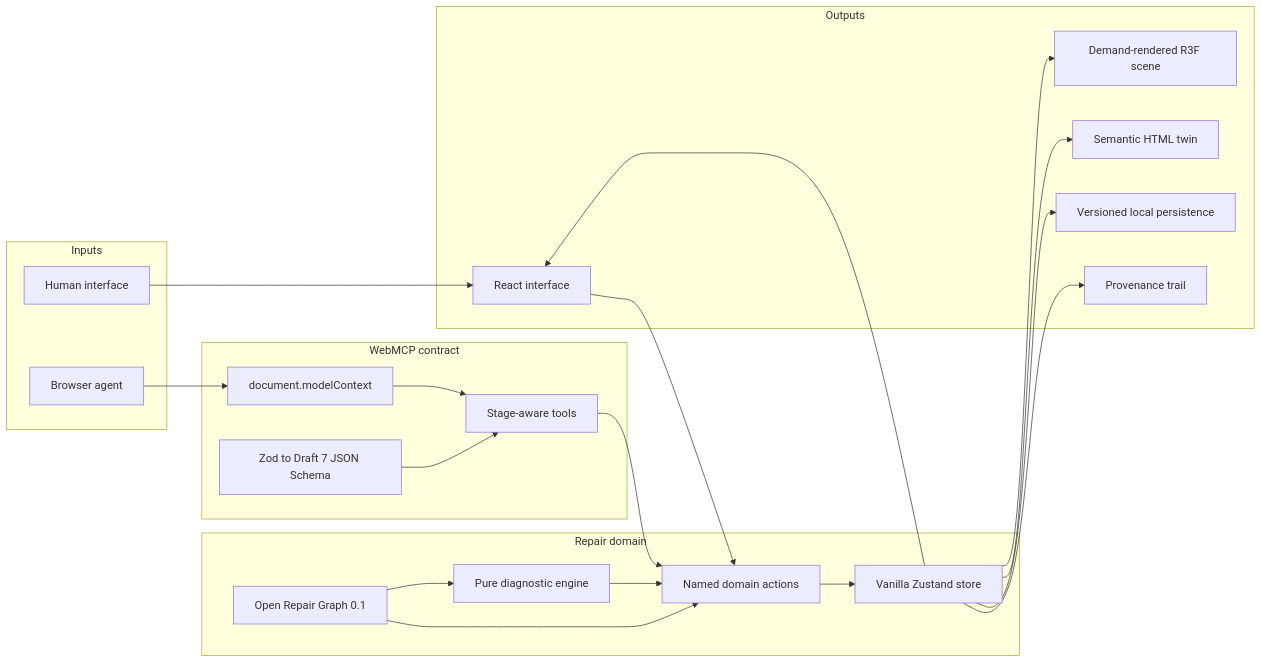
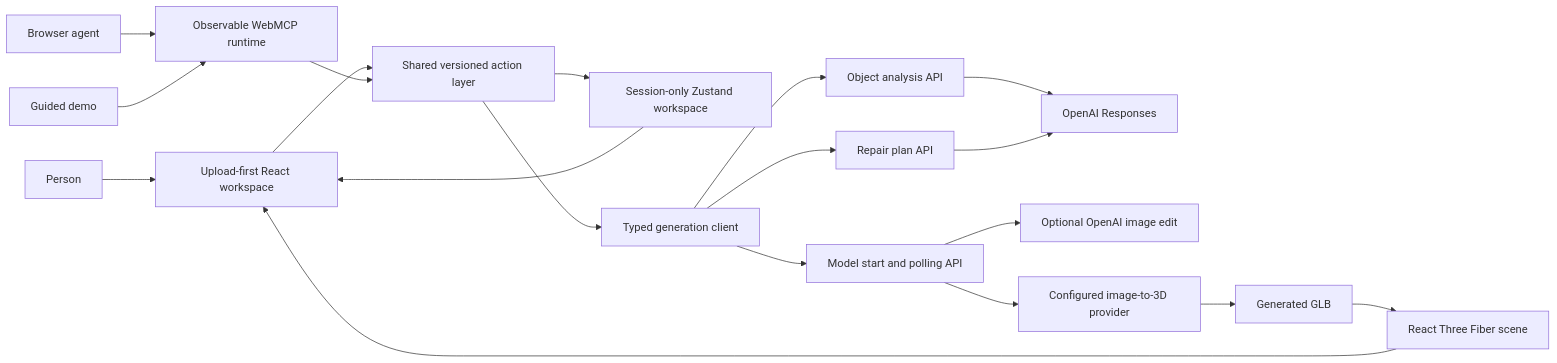
One commit to appdever01/repair-webmcp changed the first of 2 diagrams in README.md. Above: the diagram before and after it, drawn with Mermaid. The commit also changed other lines of this file and 38 other files, not shown here.

Commit message:
feat: launch dynamic agent-visible repair workspace

````diff
--- a/README.md
+++ b/README.md
@@ -69,40 +25,21 @@
 ```mermaid
 flowchart LR
-  subgraph Inputs
-    Human[Human interface]
-    Agent[Browser agent]
-  end
-
-  subgraph Contract[WebMCP contract]
-    Context[document.modelContext]
-    Tools[Stage-aware tools]
-    Schemas[Zod to Draft 7 JSON Schema]
-  end
-
-  subgraph Domain[Repair domain]
-    Actions[Named domain actions]
-    Store[Vanilla Zustand store]
-    Graph[Open Repair Graph 0.1]
-    Rules[Pure diagnostic engine]
-  end
-
-  subgraph Outputs
-    UI[React interface]
-    Scene[Demand-rendered R3F scene]
-    Semantic[Semantic HTML twin]
-    Local[Versioned local persistence]
-    Trail[Provenance trail]
-  end
-
-  Human --> UI --> Actions
-  Agent --> Context --> Tools --> Actions
-  Schemas --> Tools
-  Graph --> Rules --> Actions
-  Graph --> Actions
-  Actions --> Store
+  Person[Person] --> UI[Upload-first React workspace]
+  Agent[Browser agent] --> Runtime[Observable WebMCP runtime]
+  Demo[Guided demo] --> Runtime
+  UI --> Actions[Shared versioned action layer]
+  Runtime --> Actions
+  Actions --> Store[Session-only Zustand workspace]
   Store --> UI
-  Store --> Scene
-  Store --> Semantic
-  Store --> Local
-  Store --> Trail
+  Actions --> Client[Typed generation client]
+  Client --> Analyze[Object analysis API]
+  Client --> Model[Model start and polling API]
+  Client --> Plan[Repair plan API]
+  Analyze --> OpenAI[OpenAI Responses]
+  Model --> ImageEdit[Optional OpenAI image edit]
+  Model --> Provider[Configured image-to-3D provider]
+  Plan --> OpenAI
+  Provider --> GLB[Generated GLB]
+  GLB --> Scene[React Three Fiber scene]
+  Scene --> UI
 ```
````
